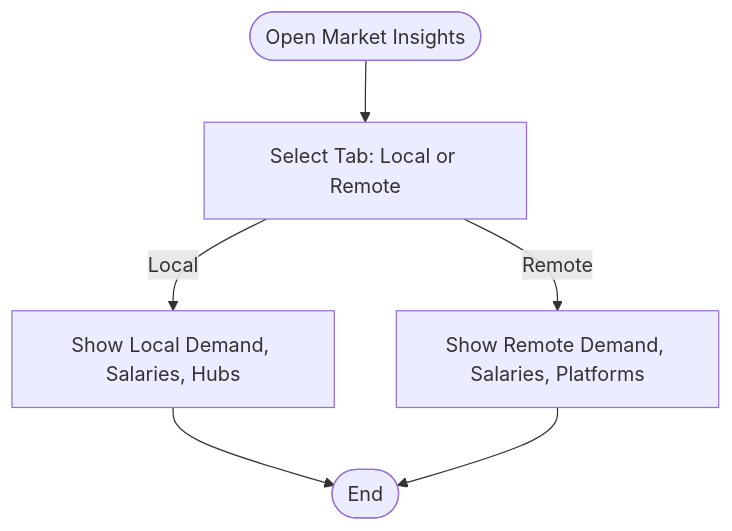
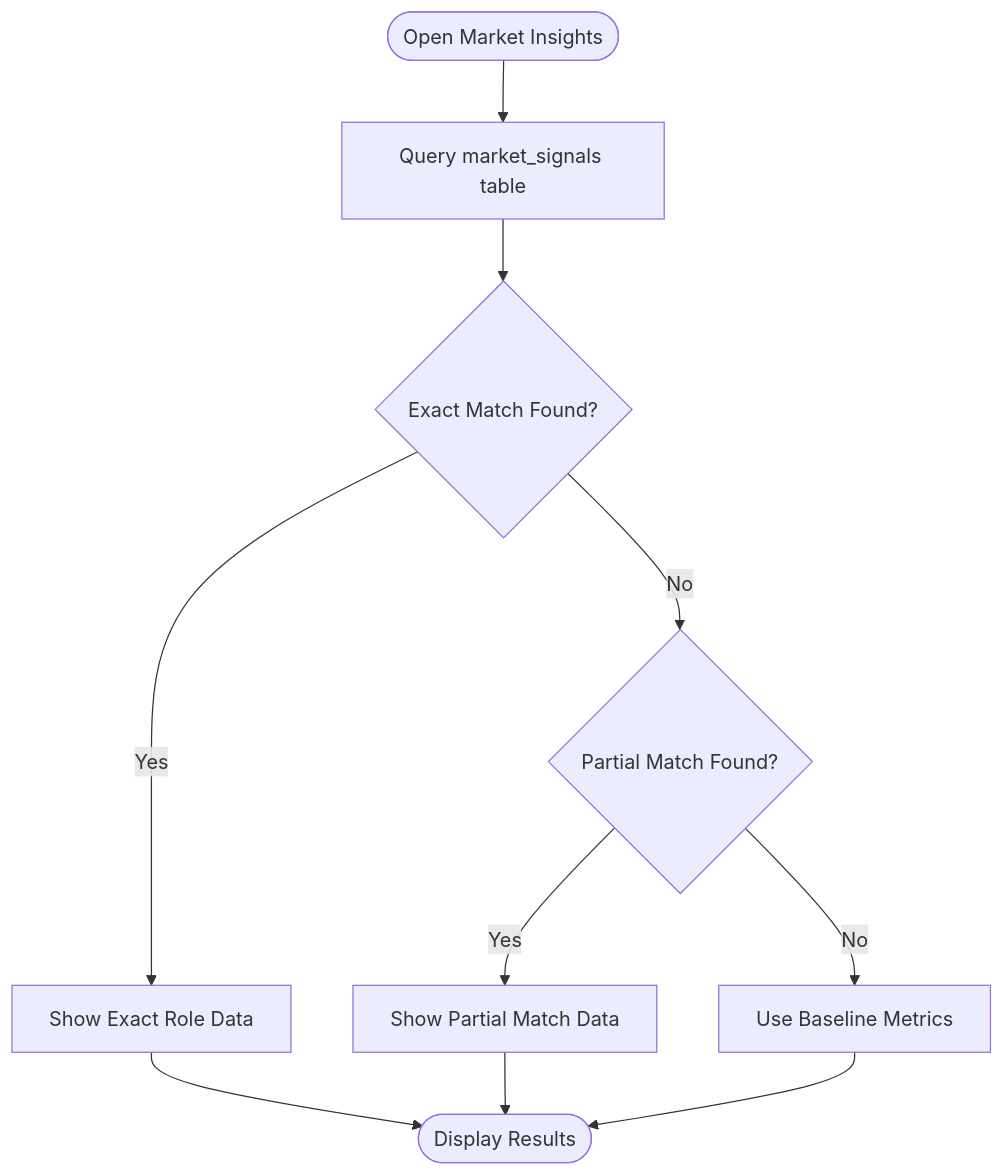
The seventh of 9 diagrams in .qoder/repowiki/en/content/Core Features/Core Features.md (Alishba-Moin/CareerCompass), drawn with Mermaid before and after one commit. The commit also changed other lines of this file and 38 other files, not shown here.

Commit message:
Add Roadmap pdf download option

````diff
--- a/.qoder/repowiki/en/content/Core Features/Core Features.md
+++ b/.qoder/repowiki/en/content/Core Features/Core Features.md
@@ -216,8 +253,12 @@
 ```mermaid
 flowchart TD
-Open(["Open Market Insights"]) --> Tabs["Select Tab: Local or Remote"]
-Tabs --> |Local| ShowLocal["Show Local Demand, Salaries, Hubs"]
-Tabs --> |Remote| ShowRemote["Show Remote Demand, Salaries, Platforms"]
-ShowLocal --> End(["End"])
-ShowRemote --> End
+Open(["Open Market Insights"]) --> Query["Query market_signals table"]
+Query --> Exact{"Exact Match Found?"}
+Exact --> |Yes| ShowExact["Show Exact Role Data"]
+Exact --> |No| Partial{"Partial Match Found?"}
+Partial --> |Yes| ShowPartial["Show Partial Match Data"]
+Partial --> |No| Baseline["Use Baseline Metrics"]
+ShowExact --> End(["Display Results"])
+ShowPartial --> End
+Baseline --> End
 ```
````
